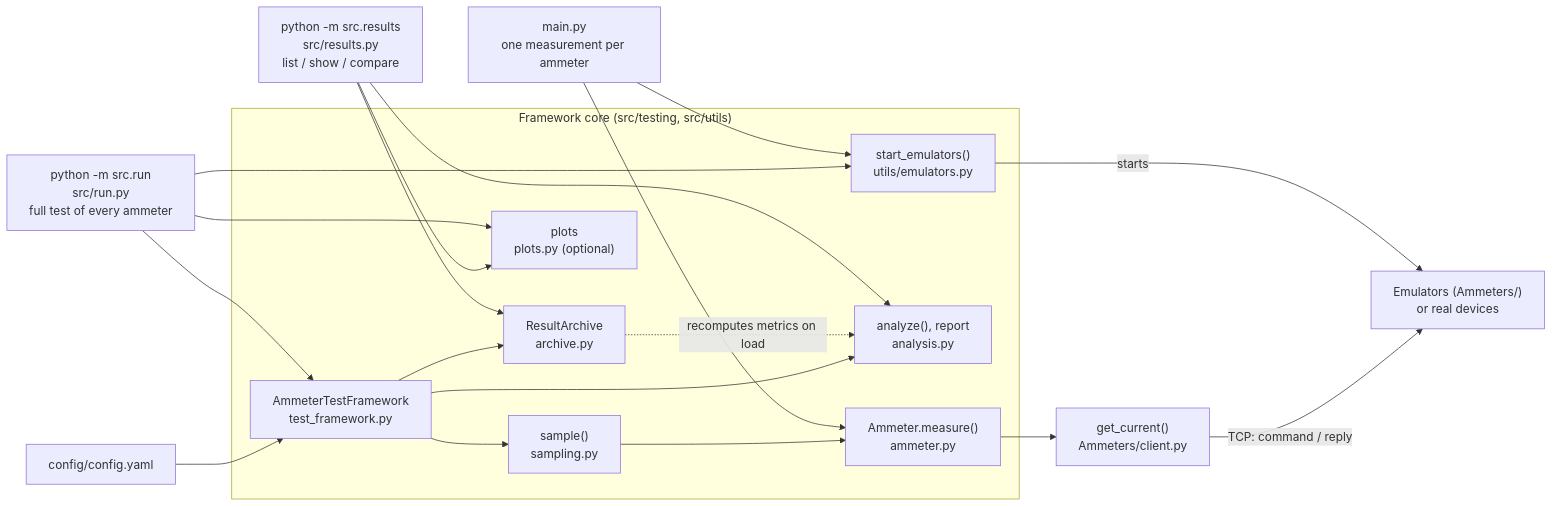
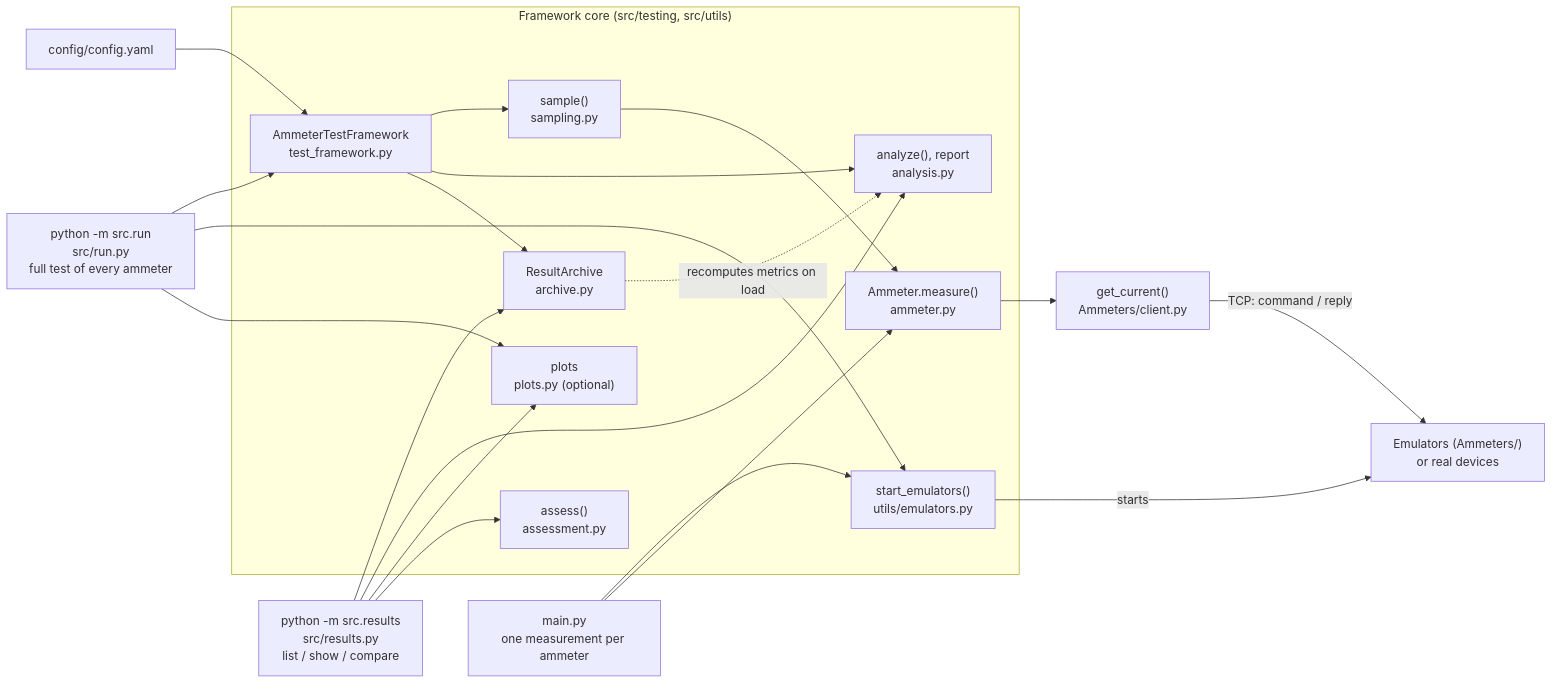
One commit to demuch/awesome-ammeter-test-framework changed the diagram in DESIGN.md. Above: the diagram before and after it, drawn with Mermaid. The commit also changed other lines of this file and 1 other file, not shown here.

Commit message:
Document the assessment and how accuracy could be assessed with real devices

````diff
--- a/DESIGN.md
+++ b/DESIGN.md
@@ -8,35 +8,37 @@
 ```mermaid
 flowchart LR
     MAIN["main.py<br>one measurement per ammeter"]
     RT["python -m src.run<br>src/run.py<br>full test of every ammeter"]
     CLI["python -m src.results<br>src/results.py<br>list / show / compare"]
     CFG["config/config.yaml"]
 
     subgraph framework["Framework core (src/testing, src/utils)"]
         FW["AmmeterTestFramework<br>test_framework.py"]
         SA["sample()<br>sampling.py"]
         API["Ammeter.measure()<br>ammeter.py"]
         AN["analyze(), report<br>analysis.py"]
         AR["ResultArchive<br>archive.py"]
         EM["start_emulators()<br>utils/emulators.py"]
         PL["plots<br>plots.py (optional)"]
+        AS["assess()<br>assessment.py"]
         FW --> SA --> API
         FW --> AN
         FW --> AR
         AR -. recomputes metrics on load .-> AN
     end
 
     CFG --> FW
     RT --> FW
     RT --> EM
     MAIN --> EM
     MAIN --> API
     CLI --> AR
     CLI --> AN
     CLI --> PL
+    CLI --> AS
     RT --> PL
 
     API --> CL["get_current()<br>Ammeters/client.py"]
     CL -- "TCP: command / reply" --> DEV["Emulators (Ammeters/)<br>or real devices"]
     EM -- "starts" --> DEV
 ```
````
